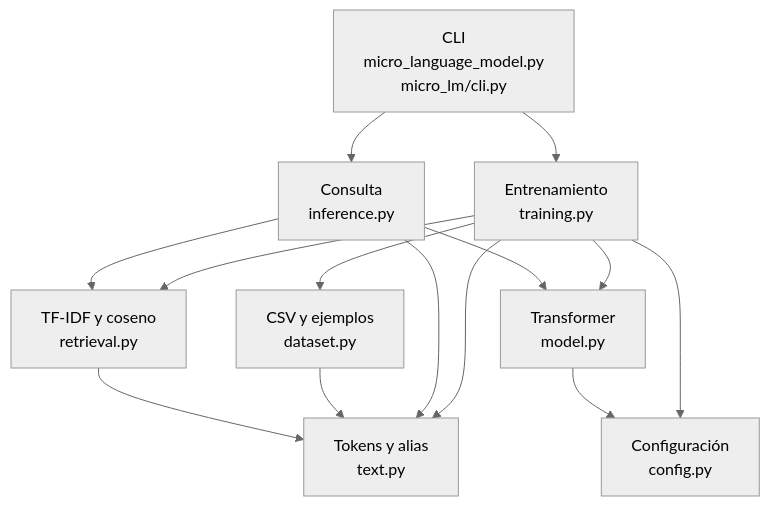
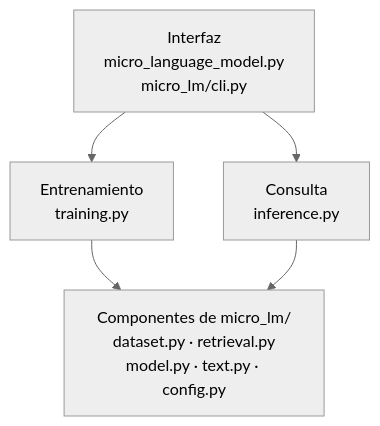
One commit to liljemery/micro-language-model changed the diagram in README.md. Above: the diagram before and after it, drawn with Mermaid (neutral theme).

Commit message:
Make README diagram easier to read

````diff
--- a/README.md
+++ b/README.md
@@ -58,25 +58,12 @@
 ```mermaid
 flowchart TD
-    cli["CLI<br/>micro_language_model.py<br/>micro_lm/cli.py"]
+    cli["Interfaz<br/>micro_language_model.py<br/>micro_lm/cli.py"]
     training["Entrenamiento<br/>training.py"]
     inference["Consulta<br/>inference.py"]
-    dataset["CSV y ejemplos<br/>dataset.py"]
-    retrieval["TF-IDF y coseno<br/>retrieval.py"]
-    model["Transformer<br/>model.py"]
-    text["Tokens y alias<br/>text.py"]
-    config["Configuración<br/>config.py"]
+    components["Componentes de micro_lm/<br/>dataset.py · retrieval.py<br/>model.py · text.py · config.py"]
 
     cli --> training
     cli --> inference
-    training --> dataset
-    training --> retrieval
-    training --> model
-    training --> text
-    training --> config
-    inference --> retrieval
-    inference --> model
-    inference --> text
-    dataset --> text
-    retrieval --> text
-    model --> config
+    training --> components
+    inference --> components
 ```
````
